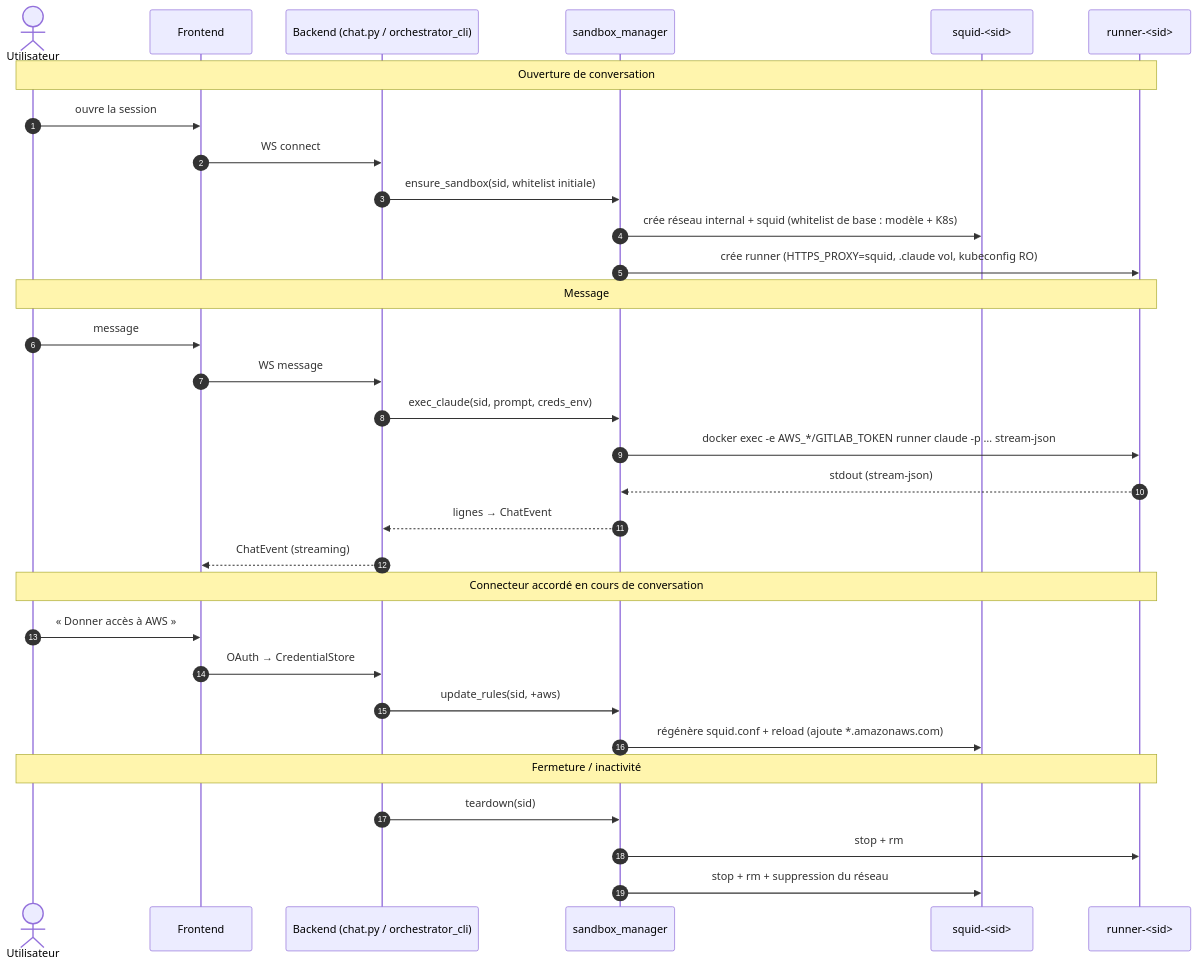
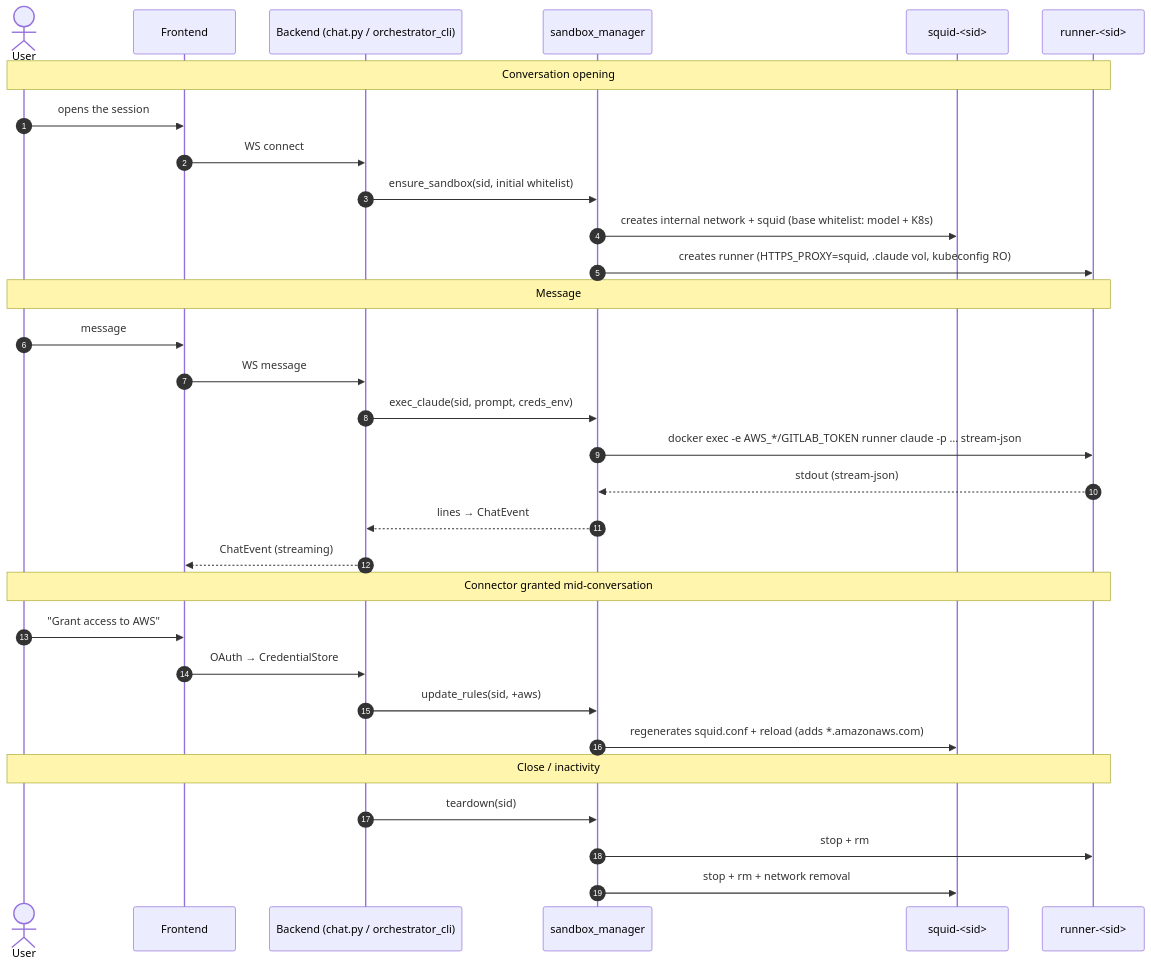
The second of 5 diagrams in docs/ARCHITECTURE_FLOW_PROPOSAL.md (inkwest/inkwest), drawn with Mermaid before and after one commit. The commit also changed other lines of this file and 6 other files, not shown here.

````diff
--- a/docs/ARCHITECTURE_FLOW_PROPOSAL.md
+++ b/docs/ARCHITECTURE_FLOW_PROPOSAL.md
@@ -88,37 +88,37 @@
 ```mermaid
 sequenceDiagram
     autonumber
-    actor U as Utilisateur
+    actor U as User
     participant FE as Frontend
     participant BE as Backend (chat.py / orchestrator_cli)
     participant MGR as sandbox_manager
     participant SQ as squid-<sid>
     participant RN as runner-<sid>
 
-    Note over U,RN: Ouverture de conversation
-    U->>FE: ouvre la session
+    Note over U,RN: Conversation opening
+    U->>FE: opens the session
     FE->>BE: WS connect
-    BE->>MGR: ensure_sandbox(sid, whitelist initiale)
-    MGR->>SQ: crée réseau internal + squid (whitelist de base : modèle + K8s)
-    MGR->>RN: crée runner (HTTPS_PROXY=squid, .claude vol, kubeconfig RO)
+    BE->>MGR: ensure_sandbox(sid, initial whitelist)
+    MGR->>SQ: creates internal network + squid (base whitelist: model + K8s)
+    MGR->>RN: creates runner (HTTPS_PROXY=squid, .claude vol, kubeconfig RO)
 
     Note over U,RN: Message
     U->>FE: message
     FE->>BE: WS message
     BE->>MGR: exec_claude(sid, prompt, creds_env)
     MGR->>RN: docker exec -e AWS_*/GITLAB_TOKEN runner claude -p … stream-json
     RN-->>MGR: stdout (stream-json)
-    MGR-->>BE: lignes → ChatEvent
+    MGR-->>BE: lines → ChatEvent
     BE-->>FE: ChatEvent (streaming)
 
-    Note over U,RN: Connecteur accordé en cours de conversation
-    U->>FE: « Donner accès à AWS »
+    Note over U,RN: Connector granted mid-conversation
+    U->>FE: "Grant access to AWS"
     FE->>BE: OAuth → CredentialStore
     BE->>MGR: update_rules(sid, +aws)
-    MGR->>SQ: régénère squid.conf + reload (ajoute *.amazonaws.com)
+    MGR->>SQ: regenerates squid.conf + reload (adds *.amazonaws.com)
 
-    Note over U,RN: Fermeture / inactivité
+    Note over U,RN: Close / inactivity
     BE->>MGR: teardown(sid)
     MGR->>RN: stop + rm
-    MGR->>SQ: stop + rm + suppression du réseau
+    MGR->>SQ: stop + rm + network removal
 ```
````
